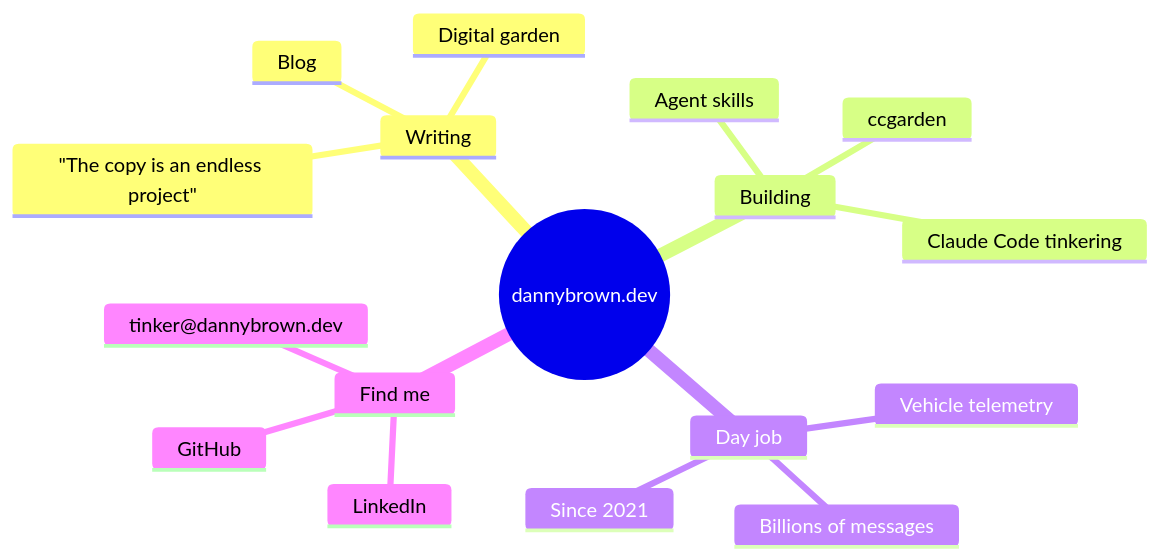
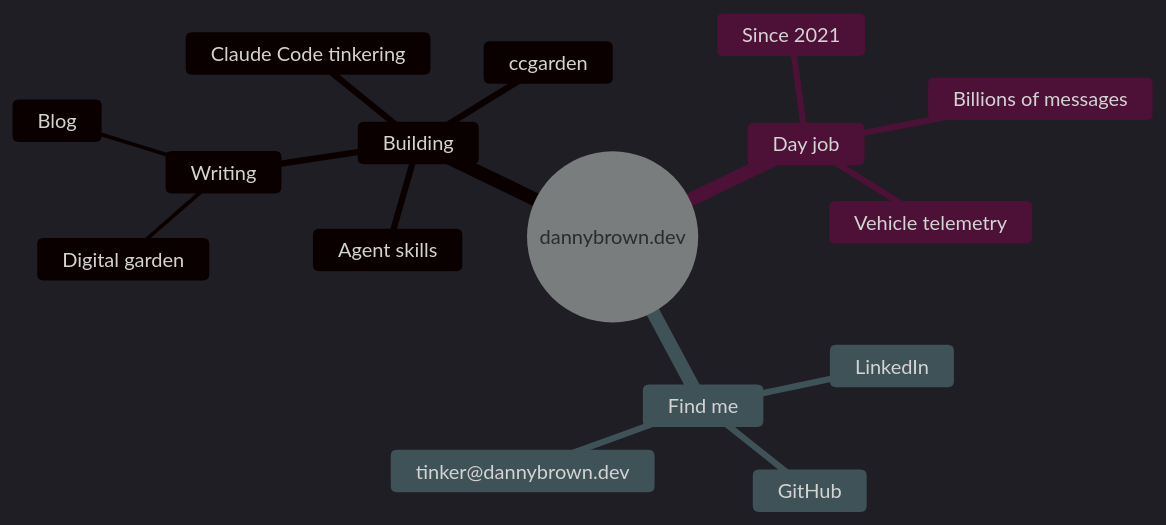
Before and after one commit to dannybrown37/dannybrown37: the diagram in README.md, drawn with Mermaid.

Commit message:
Revise mindmap in README to reflect writing projects
Updated the mindmap to include 'Writing' and its subcategories.

````diff
--- a/README.md
+++ b/README.md
@@ -7,20 +7,20 @@
 ```mermaid
+%%{init: {'theme':'dark'}}%%
 mindmap
   root((dannybrown.dev))
-    Writing
-      Blog
-      Digital garden
-      "The copy is an endless project"
     Building
       ccgarden
       Claude Code tinkering
       Agent skills
+      Writing
+        Blog
+        Digital garden
     Day job
       Vehicle telemetry
       Billions of messages
       Since 2021
     Find me
       GitHub
       LinkedIn
       tinker@dannybrown.dev
 ```
````
